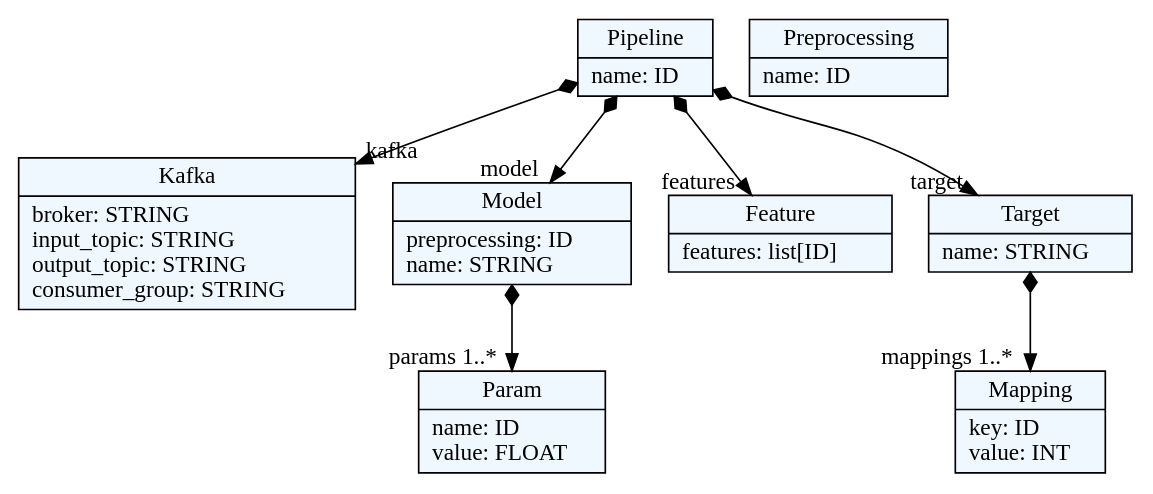
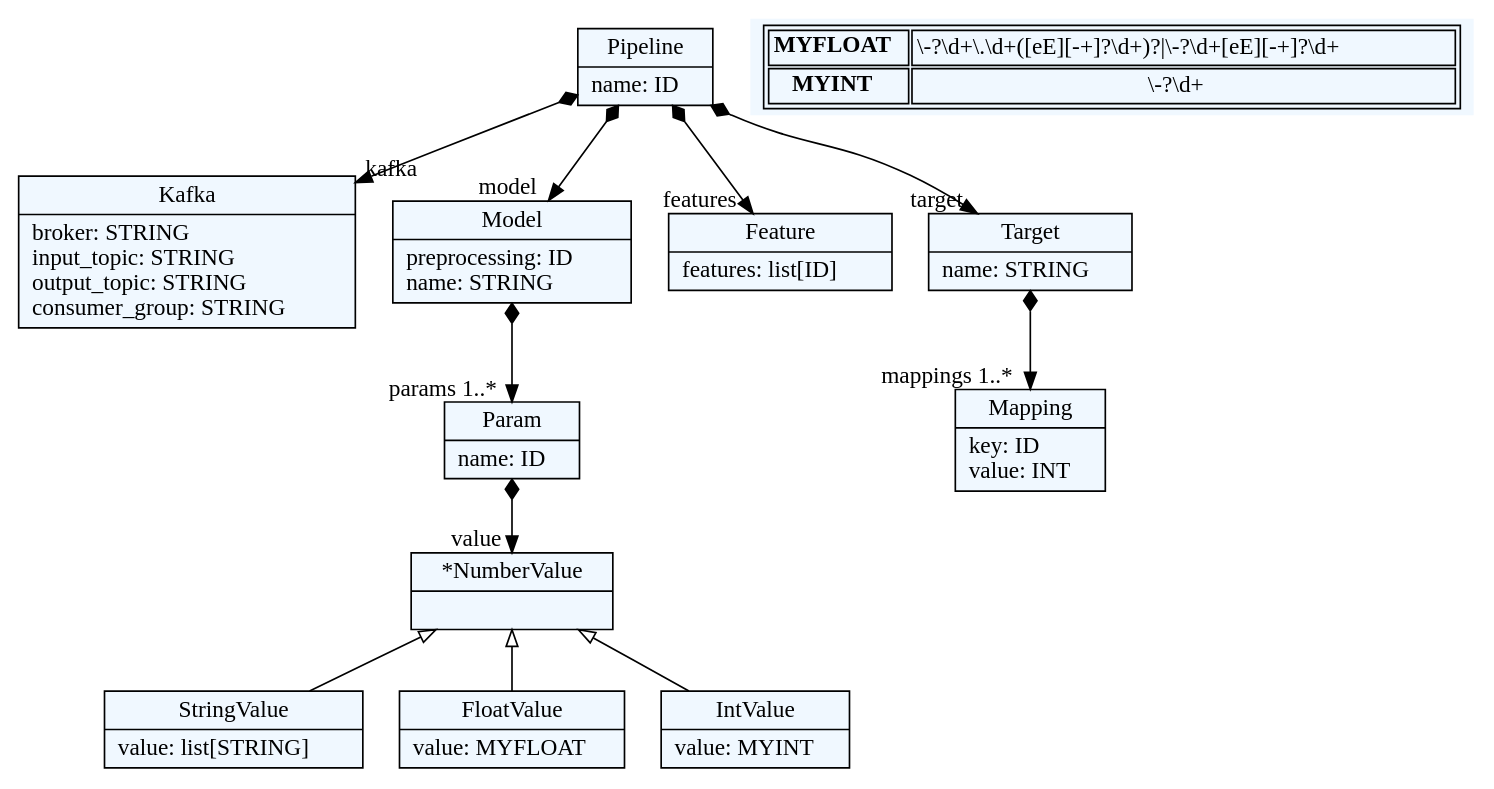
The diagram in wikimedia_dsl/jsl.dot (deepblue597/beaver), drawn with Graphviz before and after one commit. The commit also changed 8 other files, not shown here.

```diff
--- a/wikimedia_dsl/jsl.dot
+++ b/wikimedia_dsl/jsl.dot
@@ -1,39 +1,58 @@
 
     digraph textX {
     fontname = "Bitstream Vera Sans"
     fontsize = 8
     node[
         shape=record,
         style=filled,
         fillcolor=aliceblue
     ]
     nodesep = 0.3
     edge[dir=black,arrowtail=empty]
 
 
-135714751273856[ label="{Pipeline|name: ID\l}"]
+131787765719712[ label="{Pipeline|name: ID\l}"]
 
-135714751269248[ label="{Kafka|broker: STRING\linput_topic: STRING\loutput_topic: STRING\lconsumer_group: STRING\l}"]
+131787765724512[ label="{Kafka|broker: STRING\linput_topic: STRING\loutput_topic: STRING\lconsumer_group: STRING\l}"]
 
-135714751280384[ label="{Model|preprocessing: ID\lname: STRING\l}"]
+131787765725424[ label="{Model|preprocessing: ID\lname: STRING\l}"]
 
-135714751278896[ label="{Preprocessing|name: ID\l}"]
+131787765724464[ label="{Param|name: ID\l}"]
 
-135714751271792[ label="{Param|name: ID\lvalue: FLOAT\l}"]
+131787765721680[ label="{*NumberValue|}"]
 
-135714751400992[ label="{Feature|features: list[ID]\l}"]
+131787765794864[ label="{StringValue|value: list[STRING]\l}"]
 
-135714751400416[ label="{Target|name: STRING\l}"]
+131787765793088[ label="{FloatValue|value: MYFLOAT\l}"]
 
-135714751401712[ label="{Mapping|key: ID\lvalue: INT\l}"]
+131787765792992[ label="{IntValue|value: MYINT\l}"]
+
+131787765794816[ label="{Feature|features: list[ID]\l}"]
+
+131787765799136[ label="{Target|name: STRING\l}"]
+
+131787765797888[ label="{Mapping|key: ID\lvalue: INT\l}"]
 
 
 
-135714751273856 -> 135714751269248[arrowtail=diamond, dir=both, headlabel="kafka "]
-135714751273856 -> 135714751280384[arrowtail=diamond, dir=both, headlabel="model "]
-135714751273856 -> 135714751400992[arrowtail=diamond, dir=both, headlabel="features "]
-135714751273856 -> 135714751400416[arrowtail=diamond, dir=both, headlabel="target "]
-135714751280384 -> 135714751271792[arrowtail=diamond, dir=both, headlabel="params 1..*"]
-135714751400416 -> 135714751401712[arrowtail=diamond, dir=both, headlabel="mappings 1..*"]
+131787765719712 -> 131787765724512[arrowtail=diamond, dir=both, headlabel="kafka "]
+131787765719712 -> 131787765725424[arrowtail=diamond, dir=both, headlabel="model "]
+131787765719712 -> 131787765794816[arrowtail=diamond, dir=both, headlabel="features "]
+131787765719712 -> 131787765799136[arrowtail=diamond, dir=both, headlabel="target "]
+131787765725424 -> 131787765724464[arrowtail=diamond, dir=both, headlabel="params 1..*"]
+131787765724464 -> 131787765721680[arrowtail=diamond, dir=both, headlabel="value "]
+131787765721680 -> 131787765793088 [dir=back]
+131787765721680 -> 131787765792992 [dir=back]
+131787765721680 -> 131787765794864 [dir=back]
+131787765799136 -> 131787765797888[arrowtail=diamond, dir=both, headlabel="mappings 1..*"]
+match_rules [ shape=plaintext, label=< <table>
+	<tr>
+		<td><b>MYFLOAT</b></td><td>\-?\d+\.\d+([eE][-+]?\d+)?|\-?\d+[eE][-+]?\d+</td>
+	</tr>
+	<tr>
+		<td><b>MYINT</b></td><td>\-?\d+</td>
+	</tr>
+</table> >]
+
 
 }
```
